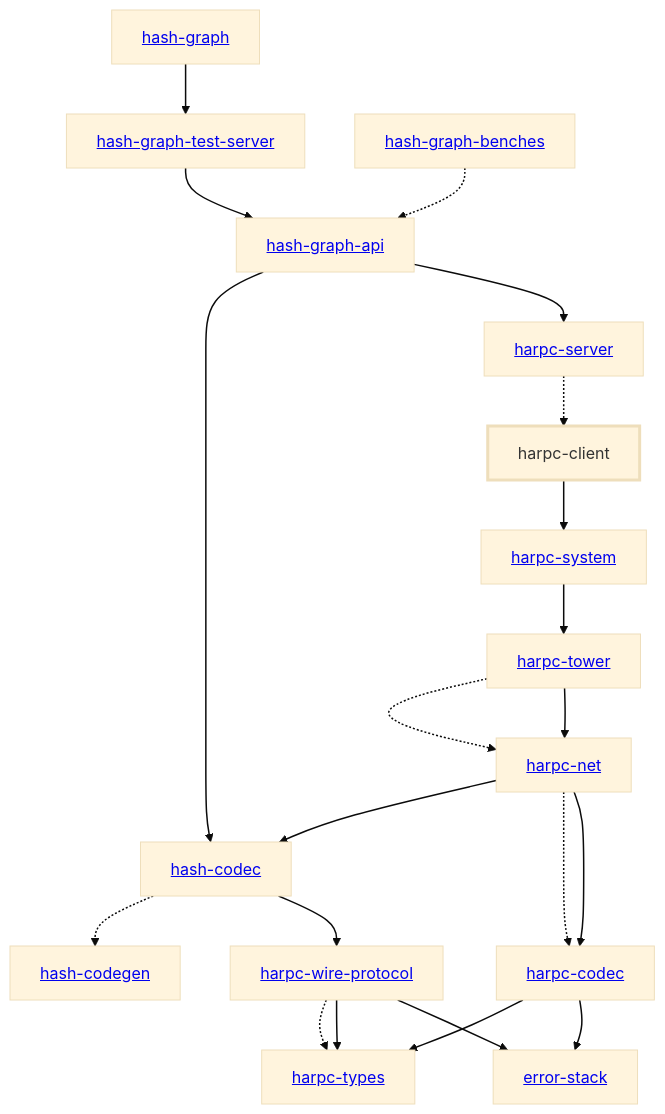
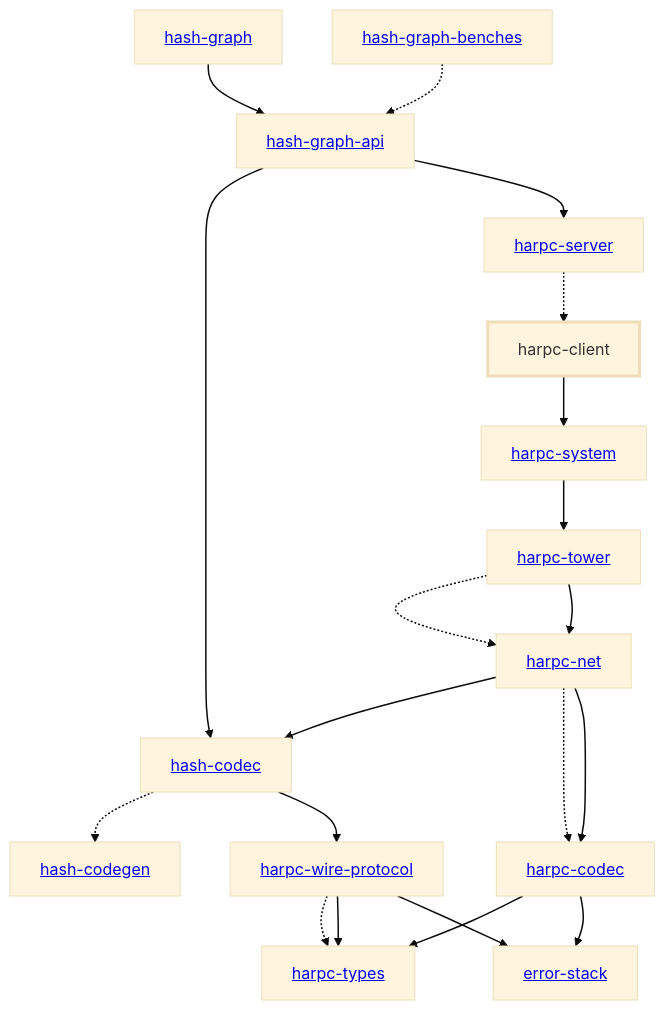
One commit to hashintel/hash changed the diagram in libs/@local/harpc/client/rust/docs/dependency-diagram.mmd. Above: the diagram before and after it, drawn with Mermaid (base theme). The commit also changed 85 other files, not shown here.

First line of the commit message:
BE-426: Merge graph test-server into admin endpoint in main binary

```diff
--- a/libs/@local/harpc/client/rust/docs/dependency-diagram.mmd
+++ b/libs/@local/harpc/client/rust/docs/dependency-diagram.mmd
@@ -1,46 +1,44 @@
 graph TD
     linkStyle default stroke-width:1.5px
     classDef default stroke-width:1px
     classDef root stroke-width:3px
     classDef dev stroke-width:1px
     classDef build stroke-width:1px
     %% Legend
     %% --> : Normal dependency
     %% -.-> : Dev dependency
     %% ---> : Build dependency
     0[<a href="../hash_graph/index.html">hash-graph</a>]
     1[<a href="../hash_codec/index.html">hash-codec</a>]
     2[<a href="../hash_codegen/index.html">hash-codegen</a>]
     3[<a href="../hash_graph_api/index.html">hash-graph-api</a>]
-    4[<a href="../hash_graph_test_server/index.html">hash-graph-test-server</a>]
-    5[harpc-client]
-    class 5 root
-    6[<a href="../harpc_codec/index.html">harpc-codec</a>]
-    7[<a href="../harpc_net/index.html">harpc-net</a>]
-    8[<a href="../harpc_server/index.html">harpc-server</a>]
-    9[<a href="../harpc_system/index.html">harpc-system</a>]
-    10[<a href="../harpc_tower/index.html">harpc-tower</a>]
-    11[<a href="../harpc_types/index.html">harpc-types</a>]
-    12[<a href="../harpc_wire_protocol/index.html">harpc-wire-protocol</a>]
-    13[<a href="../error_stack/index.html">error-stack</a>]
-    14[<a href="../hash_graph_benches/index.html">hash-graph-benches</a>]
-    0 --> 4
+    4[harpc-client]
+    class 4 root
+    5[<a href="../harpc_codec/index.html">harpc-codec</a>]
+    6[<a href="../harpc_net/index.html">harpc-net</a>]
+    7[<a href="../harpc_server/index.html">harpc-server</a>]
+    8[<a href="../harpc_system/index.html">harpc-system</a>]
+    9[<a href="../harpc_tower/index.html">harpc-tower</a>]
+    10[<a href="../harpc_types/index.html">harpc-types</a>]
+    11[<a href="../harpc_wire_protocol/index.html">harpc-wire-protocol</a>]
+    12[<a href="../error_stack/index.html">error-stack</a>]
+    13[<a href="../hash_graph_benches/index.html">hash-graph-benches</a>]
+    0 --> 3
     1 -.-> 2
-    1 --> 12
+    1 --> 11
     3 --> 1
-    3 --> 8
-    4 --> 3
-    5 --> 9
-    6 --> 11
-    6 --> 13
-    7 --> 1
-    7 -.-> 6
-    7 --> 6
-    8 -.-> 5
-    9 --> 10
-    10 -.-> 7
-    10 --> 7
-    12 -.-> 11
-    12 --> 11
-    12 --> 13
-    14 -.-> 3
+    3 --> 7
+    4 --> 8
+    5 --> 10
+    5 --> 12
+    6 --> 1
+    6 -.-> 5
+    6 --> 5
+    7 -.-> 4
+    8 --> 9
+    9 -.-> 6
+    9 --> 6
+    11 -.-> 10
+    11 --> 10
+    11 --> 12
+    13 -.-> 3
```
